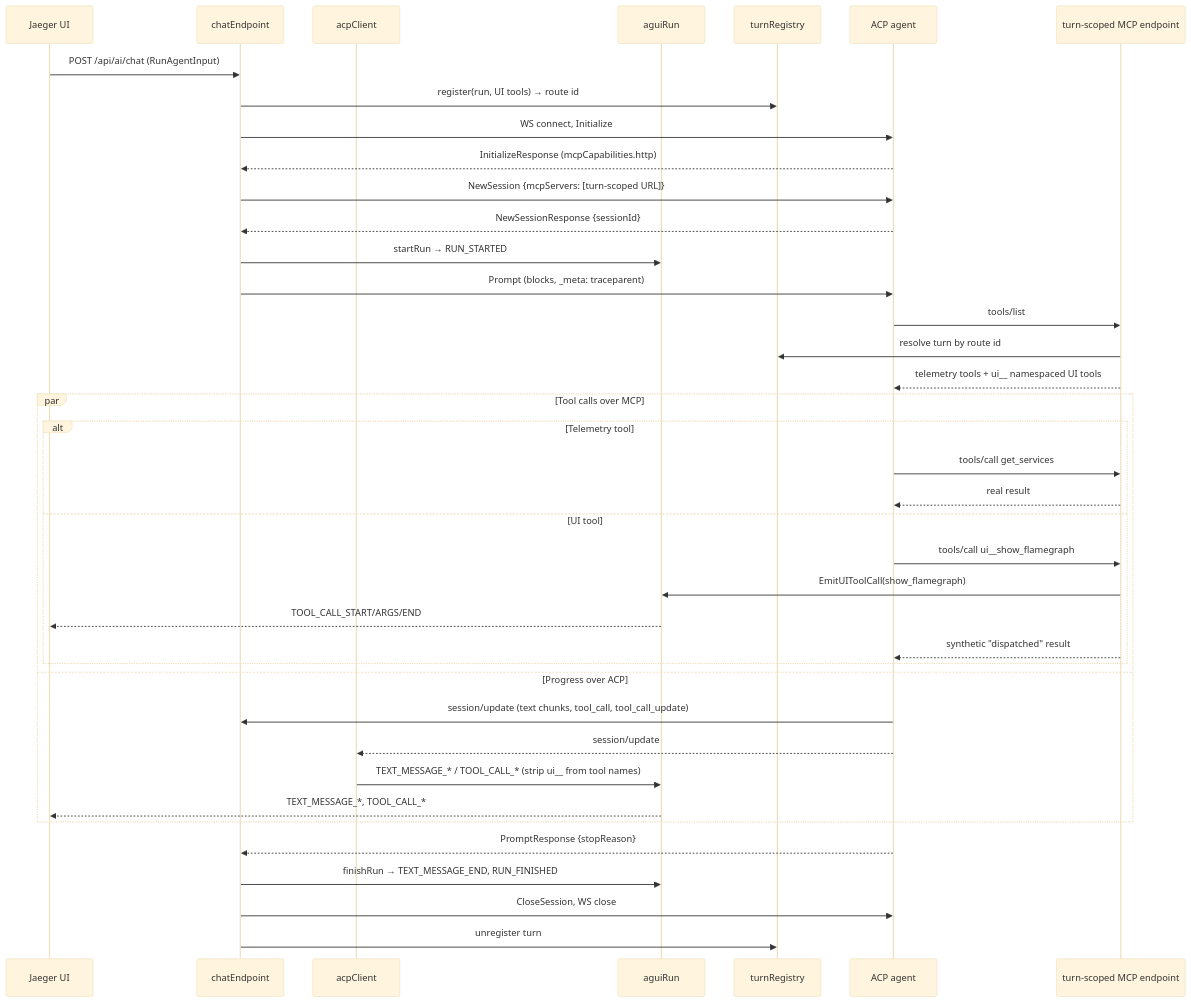
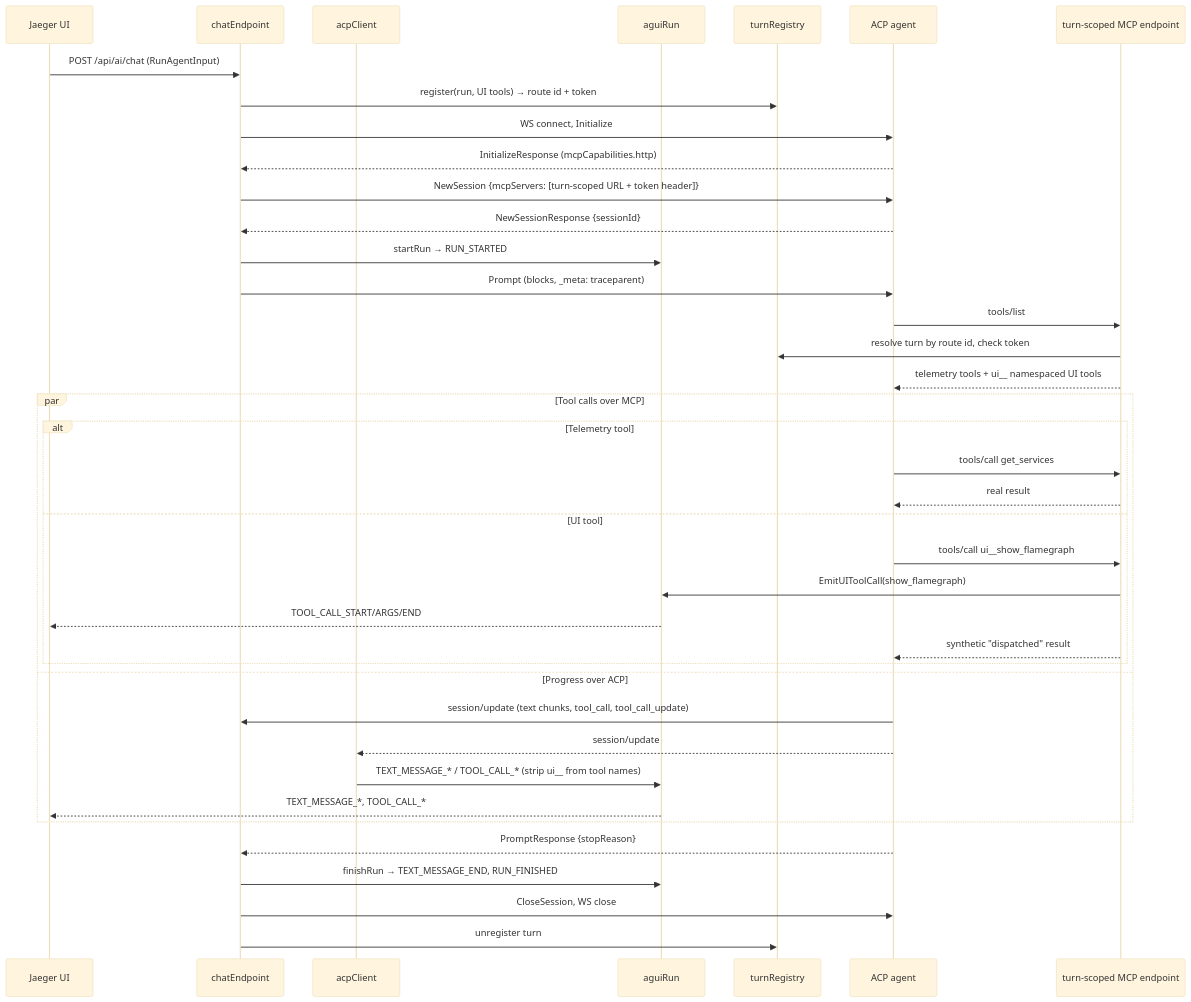
Before and after one commit to jaegertracing/jaeger: the second of 2 diagrams in cmd/jaeger/internal/extension/jaegerquery/internal/jaegerai/README.md, drawn with Mermaid (base theme). The commit also changed other lines of this file and 9 other files, not shown here.

First line of the commit message:
feat(query): Require a per-turn token on the turn-scoped MCP endpoint (#10054)

````diff
--- a/cmd/jaeger/internal/extension/jaegerquery/internal/jaegerai/README.md
+++ b/cmd/jaeger/internal/extension/jaegerquery/internal/jaegerai/README.md
@@ -108,45 +108,45 @@
 ```mermaid
 sequenceDiagram
     participant UI as Jaeger UI
     participant CHAT as chatEndpoint
     participant ACPC as acpClient
     participant SC as aguiRun
     participant TURNS as turnRegistry
     participant AGENT as ACP agent
     participant MCP as turn-scoped MCP endpoint
 
     UI->>CHAT: POST /api/ai/chat (RunAgentInput)
-    CHAT->>TURNS: register(run, UI tools) → route id
+    CHAT->>TURNS: register(run, UI tools) → route id + token
     CHAT->>AGENT: WS connect, Initialize
     AGENT-->>CHAT: InitializeResponse (mcpCapabilities.http)
-    CHAT->>AGENT: NewSession {mcpServers: [turn-scoped URL]}
+    CHAT->>AGENT: NewSession {mcpServers: [turn-scoped URL + token header]}
     AGENT-->>CHAT: NewSessionResponse {sessionId}
     CHAT->>SC: startRun → RUN_STARTED
     CHAT->>AGENT: Prompt (blocks, _meta: traceparent)
 
     AGENT->>MCP: tools/list
-    MCP->>TURNS: resolve turn by route id
+    MCP->>TURNS: resolve turn by route id, check token
     MCP-->>AGENT: telemetry tools + ui__ namespaced UI tools
 
     par Tool calls over MCP
         alt Telemetry tool
             AGENT->>MCP: tools/call get_services
             MCP-->>AGENT: real result
         else UI tool
             AGENT->>MCP: tools/call ui__show_flamegraph
             MCP->>SC: EmitUIToolCall(show_flamegraph)
             SC-->>UI: TOOL_CALL_START/ARGS/END
             MCP-->>AGENT: synthetic "dispatched" result
         end
     and Progress over ACP
         AGENT->>CHAT: session/update (text chunks, tool_call, tool_call_update)
         AGENT-->>ACPC: session/update
         ACPC->>SC: TEXT_MESSAGE_* / TOOL_CALL_* (strip ui__ from tool names)
         SC-->>UI: TEXT_MESSAGE_*, TOOL_CALL_*
     end
 
     AGENT-->>CHAT: PromptResponse {stopReason}
     CHAT->>SC: finishRun → TEXT_MESSAGE_END, RUN_FINISHED
     CHAT->>AGENT: CloseSession, WS close
     CHAT->>TURNS: unregister turn
 ```
````
